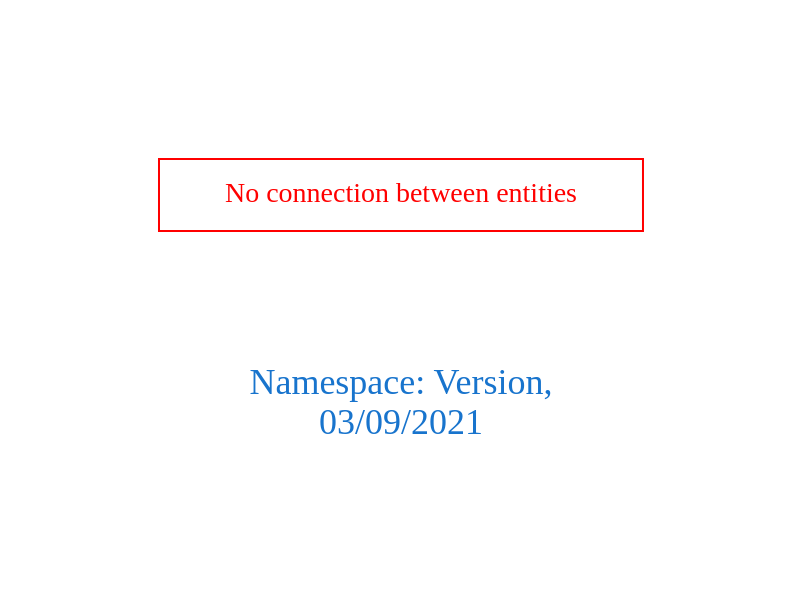
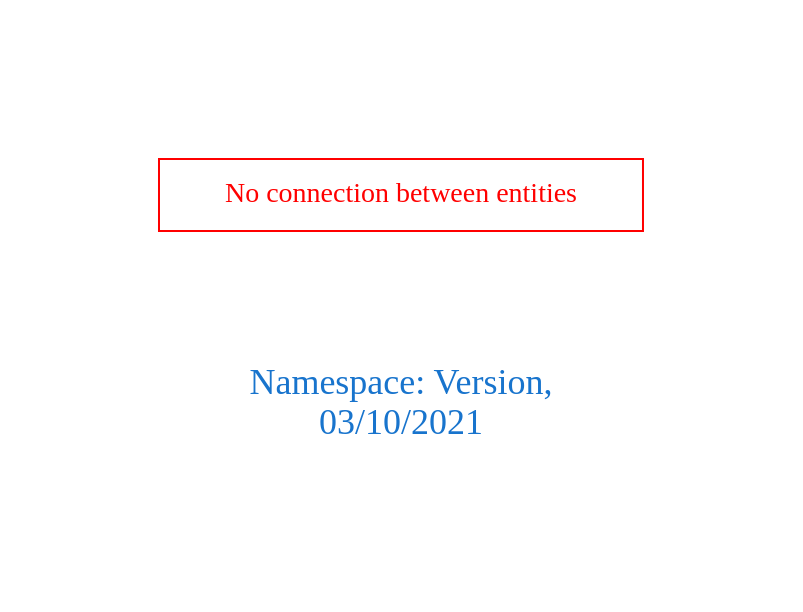
One commit to arago/OGIT changed the diagram in downloads/Version.dot. Above: the diagram before and after it, drawn with Graphviz. The commit also changed 1850 other files, not shown here.

```diff
--- a/downloads/Version.dot
+++ b/downloads/Version.dot
@@ -1,9 +1,9 @@
 digraph OGIT_ontology {
  graph [ rankdir= LR,pad=1 
 fontsize = 18,
-fontcolor= dodgerblue3,label = "\n\n\nNamespace: Version, \n 03/09/2021"];
+fontcolor= dodgerblue3,label = "\n\n\nNamespace: Version, \n 03/10/2021"];
 node[shape=polygon];
 edge [  color="gray81"];
 
 "No connection between entities" [fontcolor = "red",color="red", shape="polygon"]
 }
```
